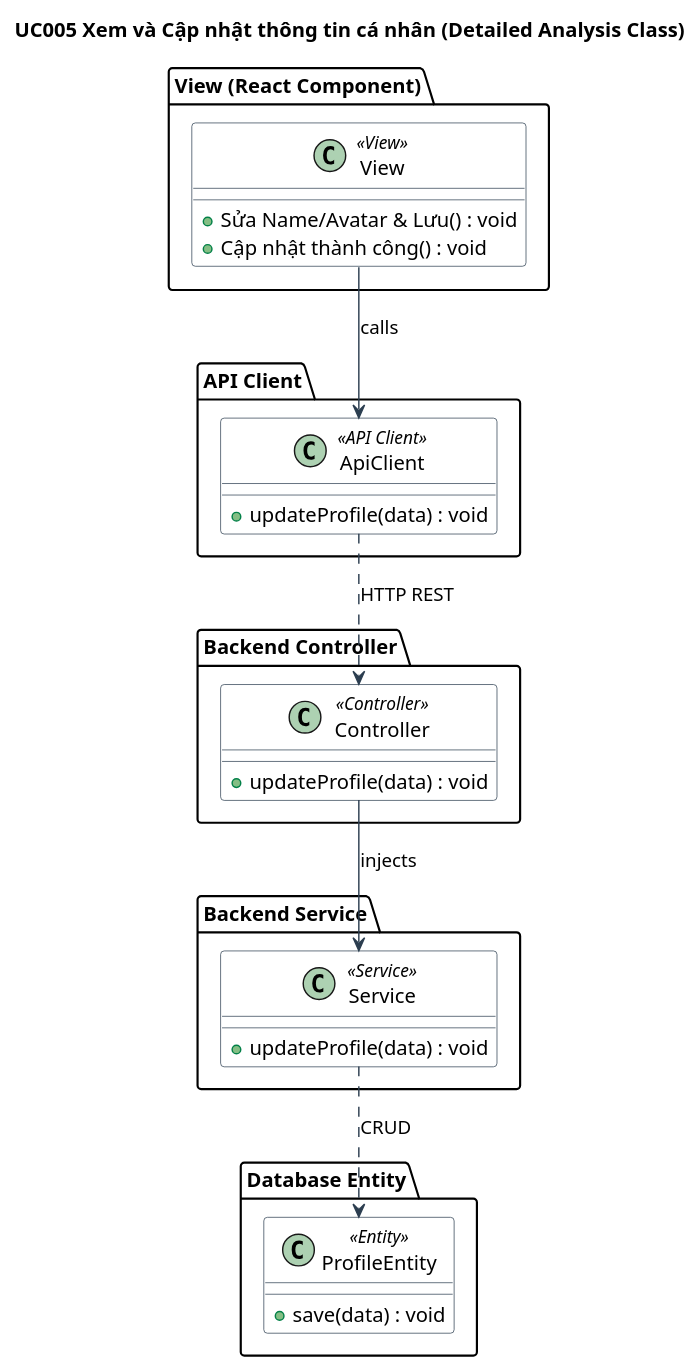
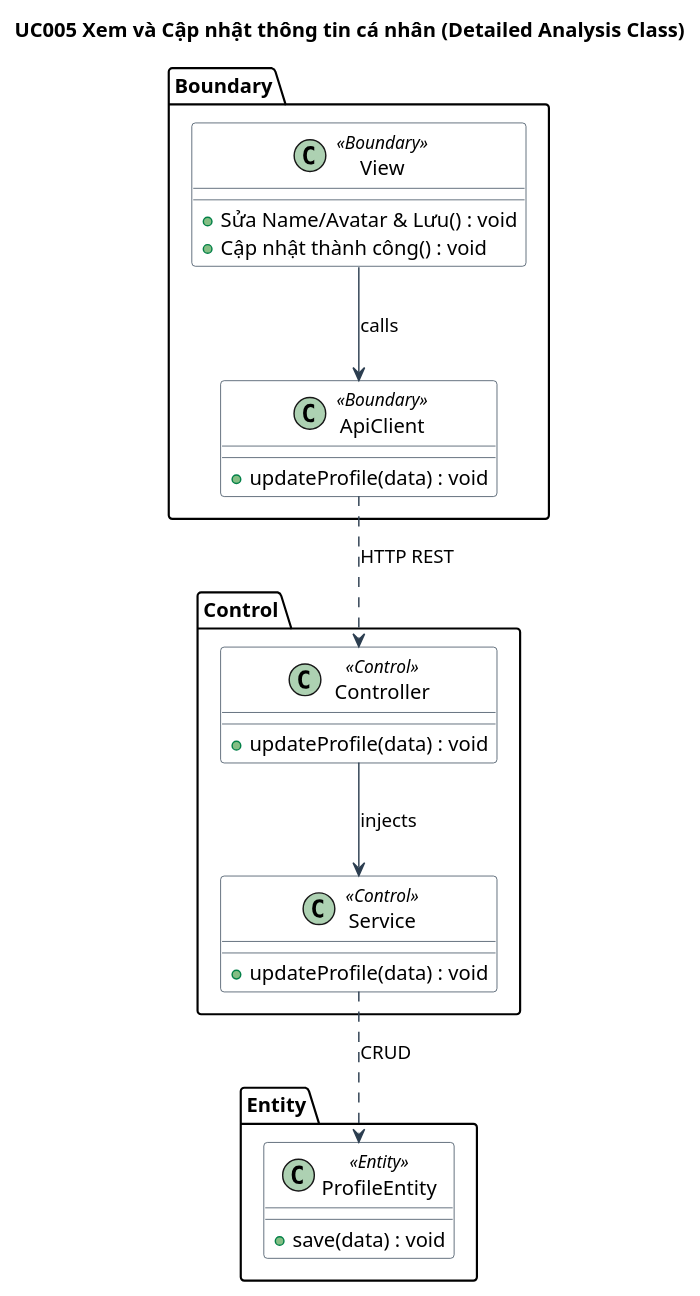
Before and after one commit to Alt2210/NaviMart: the diagram in diagrams/New_Analysis_Class_Diagrams/UC005_Xem_và_Cập_nhật_thông_tin_cá_nhân_Analysis.puml, drawn with PlantUML. The commit also changed 75 other files, not shown here.

```diff
--- a/diagrams/New_Analysis_Class_Diagrams/UC005_Xem_và_Cập_nhật_thông_tin_cá_nhân_Analysis.puml
+++ b/diagrams/New_Analysis_Class_Diagrams/UC005_Xem_và_Cập_nhật_thông_tin_cá_nhân_Analysis.puml
@@ -1,47 +1,47 @@
 @startuml
 title UC005 Xem và Cập nhật thông tin cá nhân (Detailed Analysis Class)
 
 skinparam class {
     BackgroundColor White
     ArrowColor #2C3E50
     BorderColor #2C3E50
 }
 
-package "View (React Component)" {
-    class View <<View>> {
+package "Boundary" {
+    class View <<Boundary>> {
         + Sửa Name/Avatar & Lưu() : void
           + Cập nhật thành công() : void
     }
 }
 
-package "API Client" {
-    class ApiClient <<API Client>> {
+package "Boundary" {
+    class ApiClient <<Boundary>> {
         + updateProfile(data) : void
     }
 }
 
-package "Backend Controller" {
-    class Controller <<Controller>> {
+package "Control" {
+    class Controller <<Control>> {
         + updateProfile(data) : void
     }
 }
 
-package "Backend Service" {
-    class Service <<Service>> {
+package "Control" {
+    class Service <<Control>> {
         + updateProfile(data) : void
     }
 }
 
-package "Database Entity" {
+package "Entity" {
     class ProfileEntity <<Entity>> {
         + save(data) : void
     }
 }
 
 ' --- Relationships ---
 View --> ApiClient : "calls"
 ApiClient ..> Controller : "HTTP REST"
 Controller --> Service : "injects"
 Service ..> ProfileEntity : "CRUD"
 
 @enduml
```
